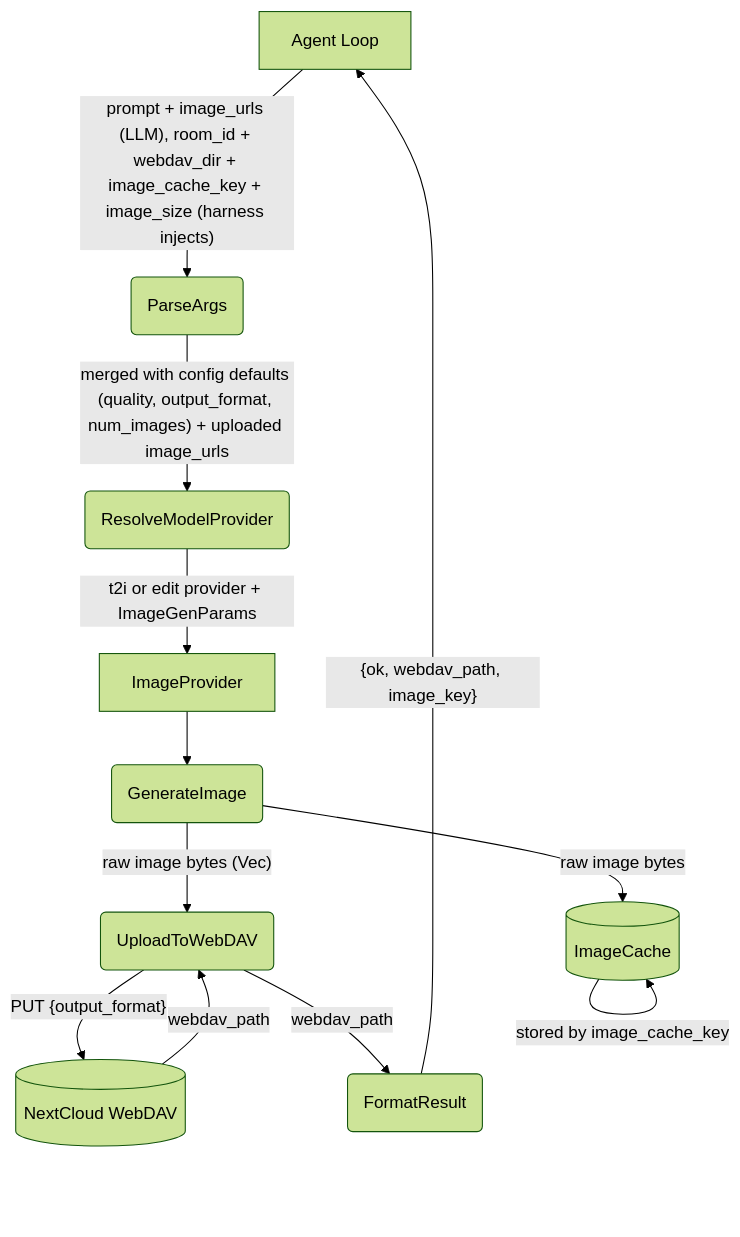
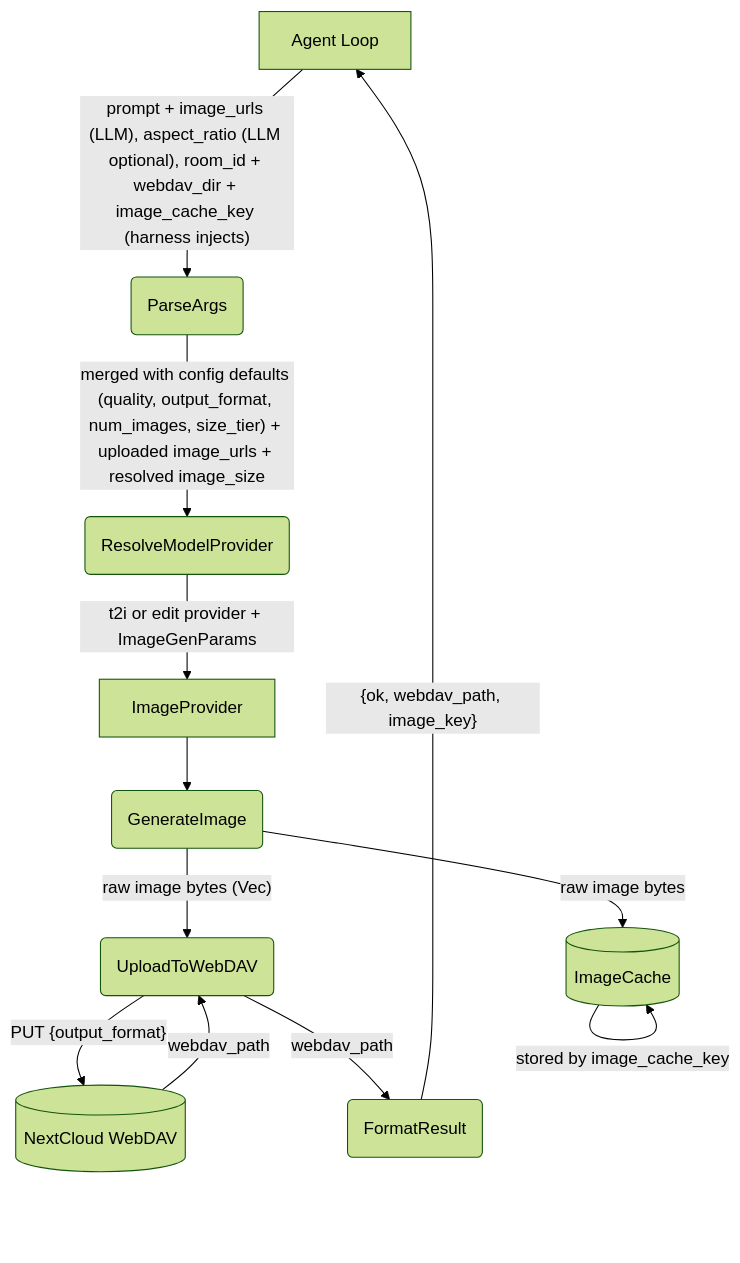
Before and after one commit to cosmoswafer/rockbot: the first of 5 diagrams in _dfds/tools/image-gen.md, drawn with Mermaid (forest theme). The commit also changed other lines of this file and 18 other files, not shown here.

First line of the commit message:
image_gen: LLM-driven aspect_ratio, OpenRouter provider, clippy cleanup

````diff
--- a/_dfds/tools/image-gen.md
+++ b/_dfds/tools/image-gen.md
@@ -25,24 +25,24 @@
 ```mermaid
 flowchart TD
     AGENT[Agent Loop]
     PARSE(ParseArgs)
     RESOLVE(ResolveModelProvider)
     PROVIDER[ImageProvider]
     GEN(GenerateImage)
     DAV_UPLOAD(UploadToWebDAV)
     DAV[(NextCloud WebDAV)]
     CACHE[(ImageCache)]
     FORMAT(FormatResult)
 
-    AGENT -->|"prompt + image_urls (LLM), room_id + webdav_dir + image_cache_key + image_size (harness injects)"| PARSE
-    PARSE -->|"merged with config defaults (quality, output_format, num_images) + uploaded image_urls"| RESOLVE
+    AGENT -->|"prompt + image_urls (LLM), aspect_ratio (LLM optional), room_id + webdav_dir + image_cache_key (harness injects)"| PARSE
+    PARSE -->|"merged with config defaults (quality, output_format, num_images, size_tier) + uploaded image_urls + resolved image_size"| RESOLVE
     RESOLVE -->|"t2i or edit provider + ImageGenParams"| PROVIDER
     PROVIDER --> GEN
     GEN -->|"raw image bytes (Vec<u8>)"| DAV_UPLOAD
     DAV_UPLOAD -->|"PUT {output_format}"| DAV
     DAV -->|"webdav_path"| DAV_UPLOAD
     GEN -->|"raw image bytes"| CACHE
     CACHE -->|"stored by image_cache_key"| CACHE
     DAV_UPLOAD -->|"webdav_path"| FORMAT
     FORMAT -->|"{ok, webdav_path, image_key}"| AGENT
 ```
````
